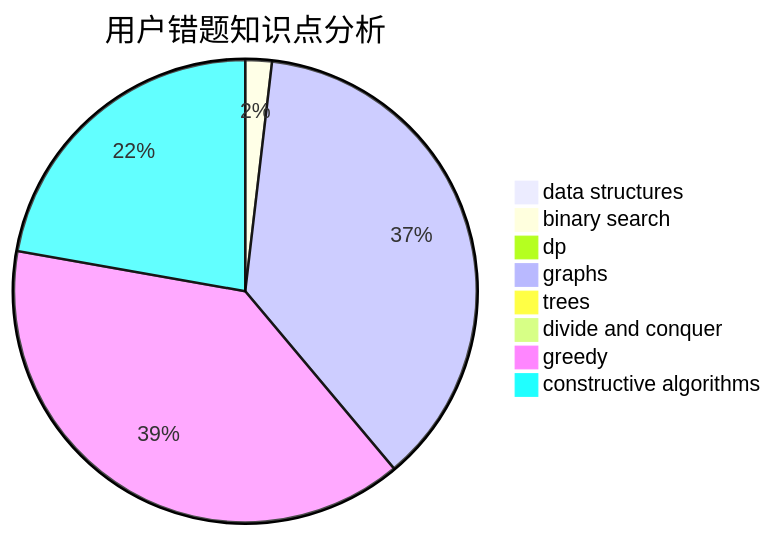
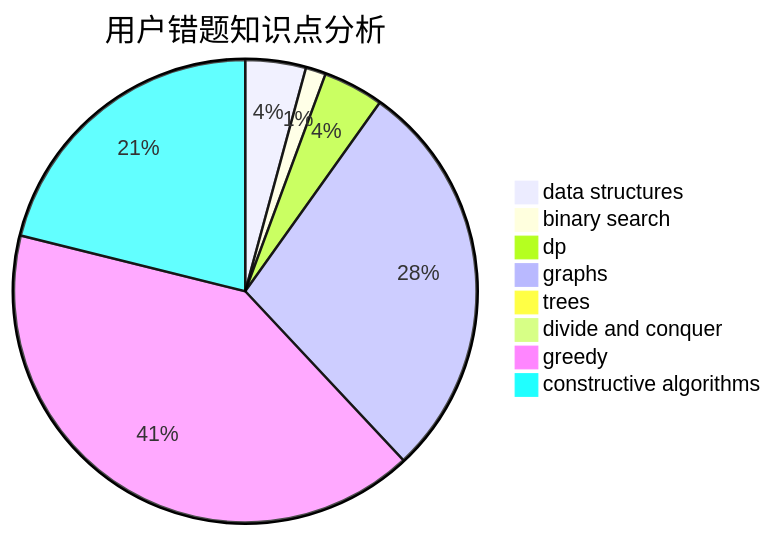
Before and after one commit to sherpahu/cfrs.github.io: the third of 3 diagrams in docs/user/u1558.md, drawn with Mermaid. The commit also changed other lines of this file and 2770 other files, not shown here.

````diff
--- a/docs/user/u1558.md
+++ b/docs/user/u1558.md
@@ -36,11 +36,11 @@
 ```mermaid
 pie title 用户错题知识点分析
-    "data structures" :  0
+    "data structures" :  3
     "binary search" :  1
-    "dp" :  0
+    "dp" :  3
     "graphs" :  20
     "trees" :  0
     "divide and conquer" :  0
-    "greedy" :  21
-    "constructive algorithms" :  12
+    "greedy" :  29
+    "constructive algorithms" :  15
 ```
````
